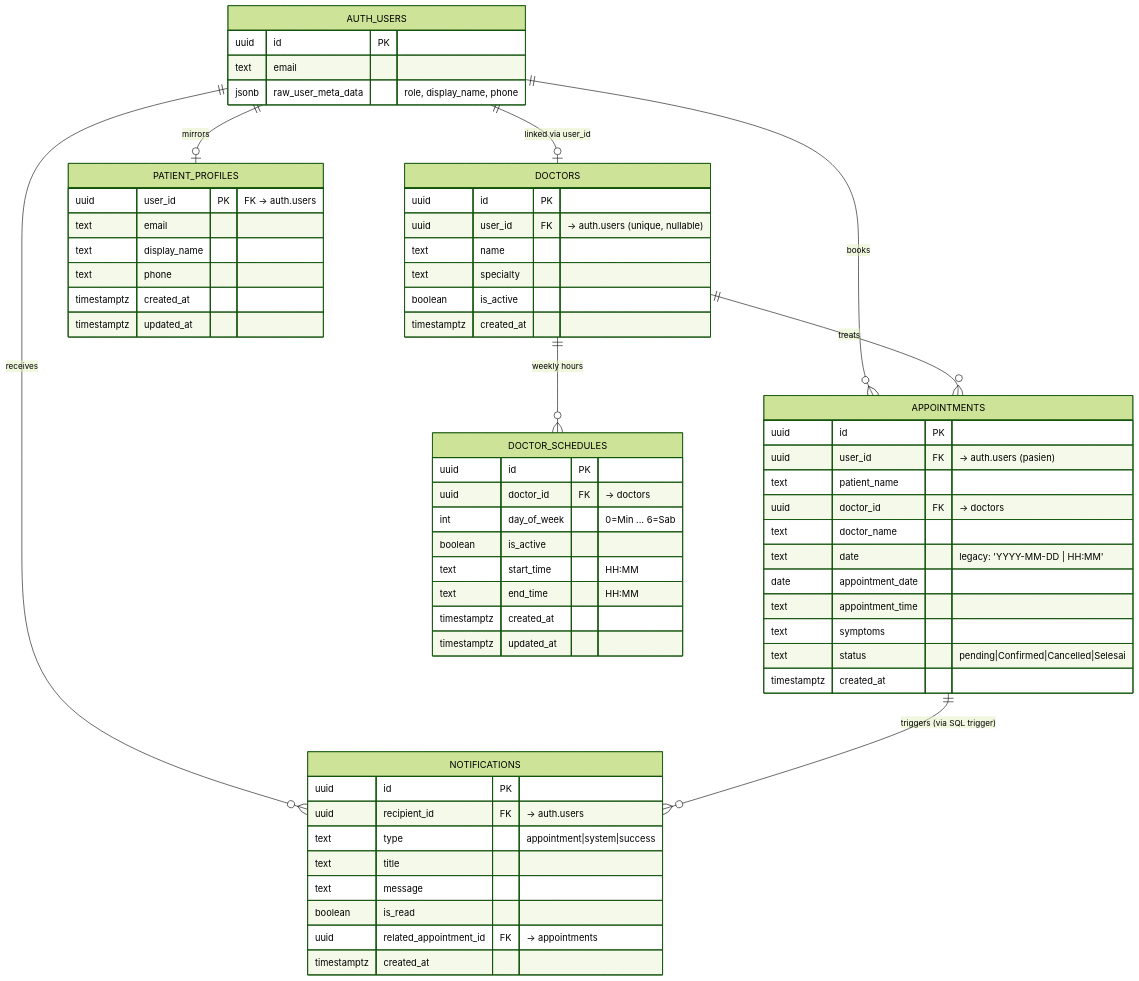
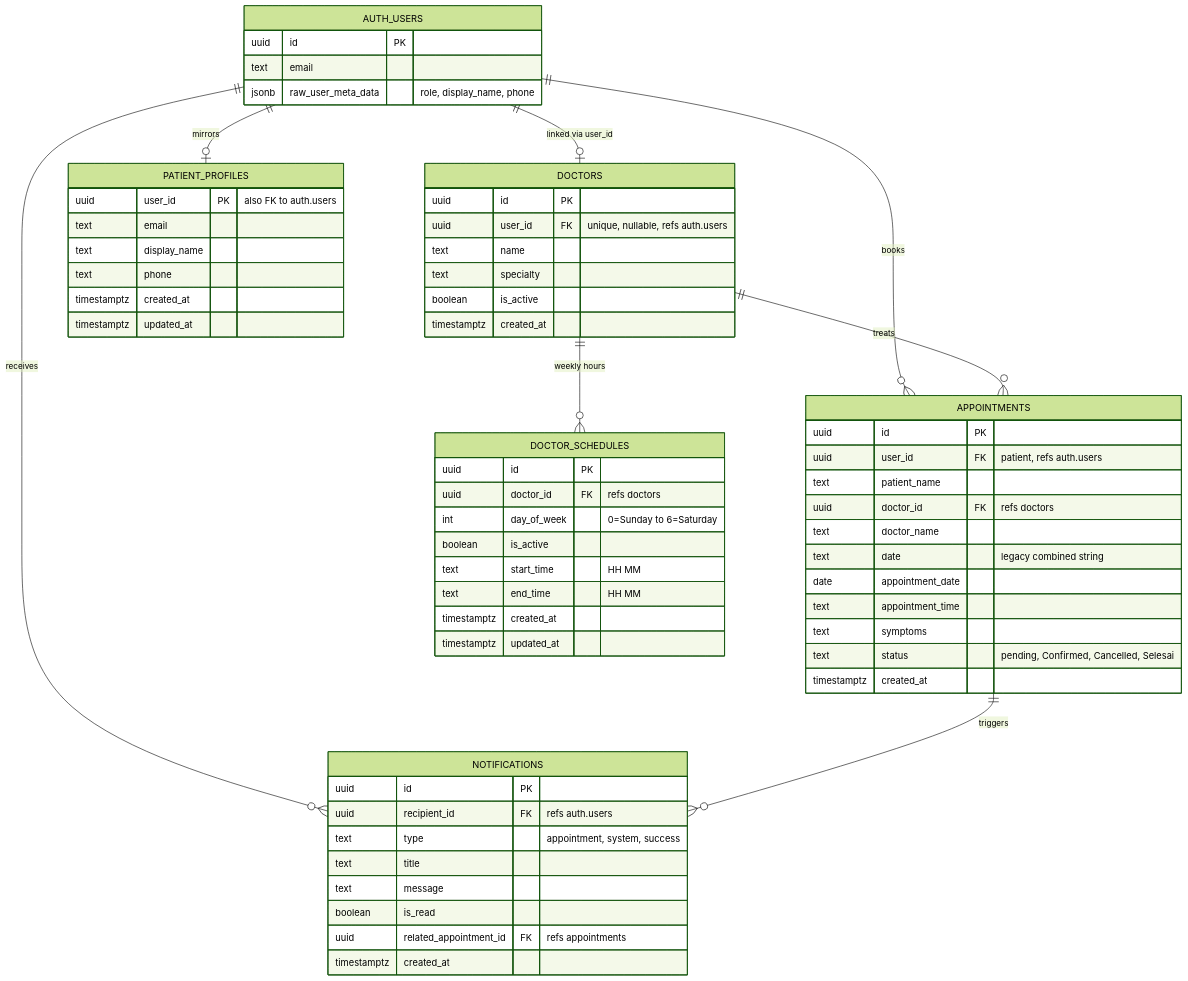
Before and after one commit to Diyoncrz18/mad-healthcare: the first of 2 diagrams in README.md, drawn with Mermaid (forest theme). The commit also changed other lines of this file, not shown here.

Commit message:
fix(readme): use ASCII-safe chars in Mermaid diagrams for GitHub renderer

````diff
--- a/README.md
+++ b/README.md
@@ -111,70 +111,70 @@
 ```mermaid
 erDiagram
-    AUTH_USERS ||--o| DOCTORS              : "linked via user_id"
-    AUTH_USERS ||--o| PATIENT_PROFILES     : "mirrors"
-    AUTH_USERS ||--o{ APPOINTMENTS         : "books"
-    AUTH_USERS ||--o{ NOTIFICATIONS        : "receives"
-    DOCTORS    ||--o{ APPOINTMENTS         : "treats"
-    DOCTORS    ||--o{ DOCTOR_SCHEDULES     : "weekly hours"
-    APPOINTMENTS ||--o{ NOTIFICATIONS      : "triggers (via SQL trigger)"
+    AUTH_USERS ||--o| DOCTORS : "linked via user_id"
+    AUTH_USERS ||--o| PATIENT_PROFILES : "mirrors"
+    AUTH_USERS ||--o{ APPOINTMENTS : "books"
+    AUTH_USERS ||--o{ NOTIFICATIONS : "receives"
+    DOCTORS ||--o{ APPOINTMENTS : "treats"
+    DOCTORS ||--o{ DOCTOR_SCHEDULES : "weekly hours"
+    APPOINTMENTS ||--o{ NOTIFICATIONS : "triggers"
 
     AUTH_USERS {
-        uuid   id PK
-        text   email
-        jsonb  raw_user_meta_data "role, display_name, phone"
+        uuid id PK
+        text email
+        jsonb raw_user_meta_data "role, display_name, phone"
     }
 
     DOCTORS {
-        uuid        id PK
-        uuid        user_id FK "→ auth.users (unique, nullable)"
-        text        name
-        text        specialty
-        boolean     is_active
+        uuid id PK
+        uuid user_id FK "unique, nullable, refs auth.users"
+        text name
+        text specialty
+        boolean is_active
         timestamptz created_at
     }
 
     APPOINTMENTS {
-        uuid        id PK
-        uuid        user_id FK "→ auth.users (pasien)"
-        text        patient_name
-        uuid        doctor_id FK "→ doctors"
-        text        doctor_name
-        text        date "legacy: 'YYYY-MM-DD | HH:MM'"
-        date        appointment_date
-        text        appointment_time
-        text        symptoms
-        text        status "pending|Confirmed|Cancelled|Selesai"
+        uuid id PK
+        uuid user_id FK "patient, refs auth.users"
+        text patient_name
+        uuid doctor_id FK "refs doctors"
+        text doctor_name
+        text date "legacy combined string"
+        date appointment_date
+        text appointment_time
+        text symptoms
+        text status "pending, Confirmed, Cancelled, Selesai"
         timestamptz created_at
     }
 
     PATIENT_PROFILES {
-        uuid        user_id PK "FK → auth.users"
-        text        email
-        text        display_name
-        text        phone
+        uuid user_id PK "also FK to auth.users"
+        text email
+        text display_name
+        text phone
         timestamptz created_at
         timestamptz updated_at
     }
 
     DOCTOR_SCHEDULES {
-        uuid        id PK
-        uuid        doctor_id FK "→ doctors"
-        int         day_of_week "0=Min ... 6=Sab"
-        boolean     is_active
-        text        start_time "HH:MM"
-        text        end_time "HH:MM"
+        uuid id PK
+        uuid doctor_id FK "refs doctors"
+        int day_of_week "0=Sunday to 6=Saturday"
+        boolean is_active
+        text start_time "HH MM"
+        text end_time "HH MM"
         timestamptz created_at
         timestamptz updated_at
     }
 
     NOTIFICATIONS {
-        uuid        id PK
-        uuid        recipient_id FK "→ auth.users"
-        text        type "appointment|system|success"
-        text        title
-        text        message
-        boolean     is_read
-        uuid        related_appointment_id FK "→ appointments"
+        uuid id PK
+        uuid recipient_id FK "refs auth.users"
+        text type "appointment, system, success"
+        text title
+        text message
+        boolean is_read
+        uuid related_appointment_id FK "refs appointments"
         timestamptz created_at
     }
 ```
````
